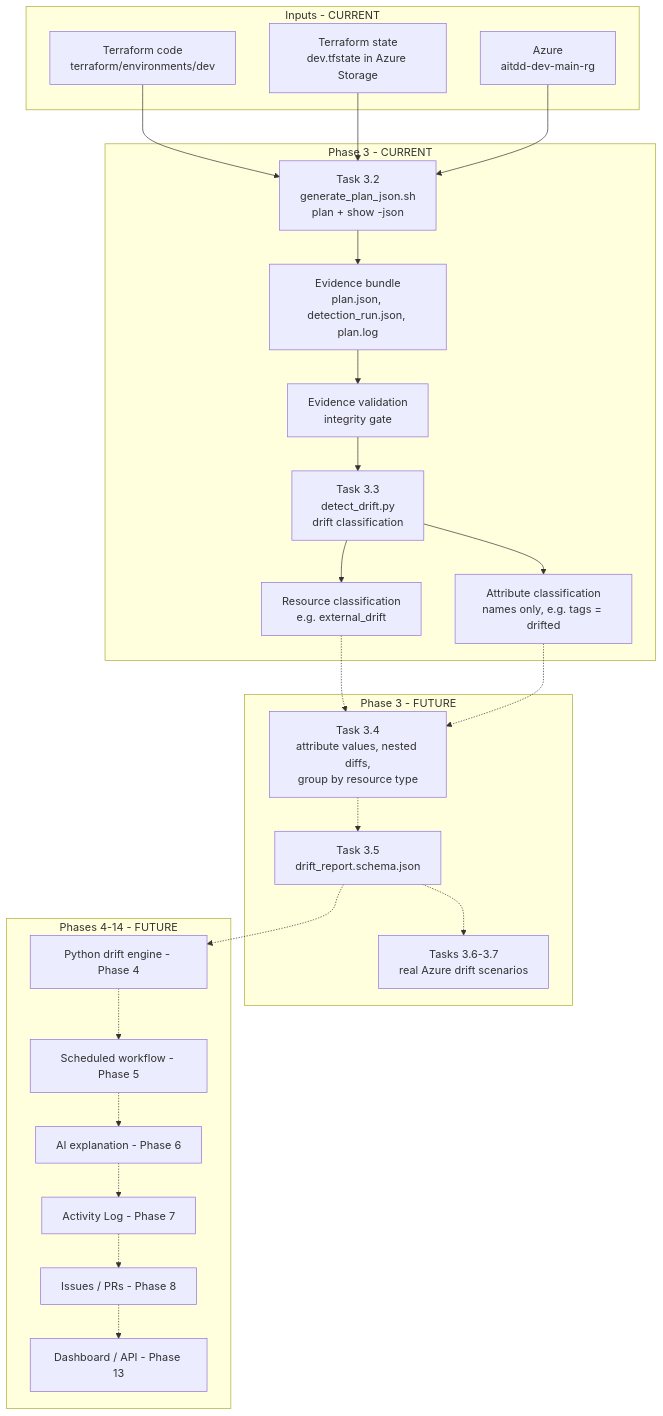
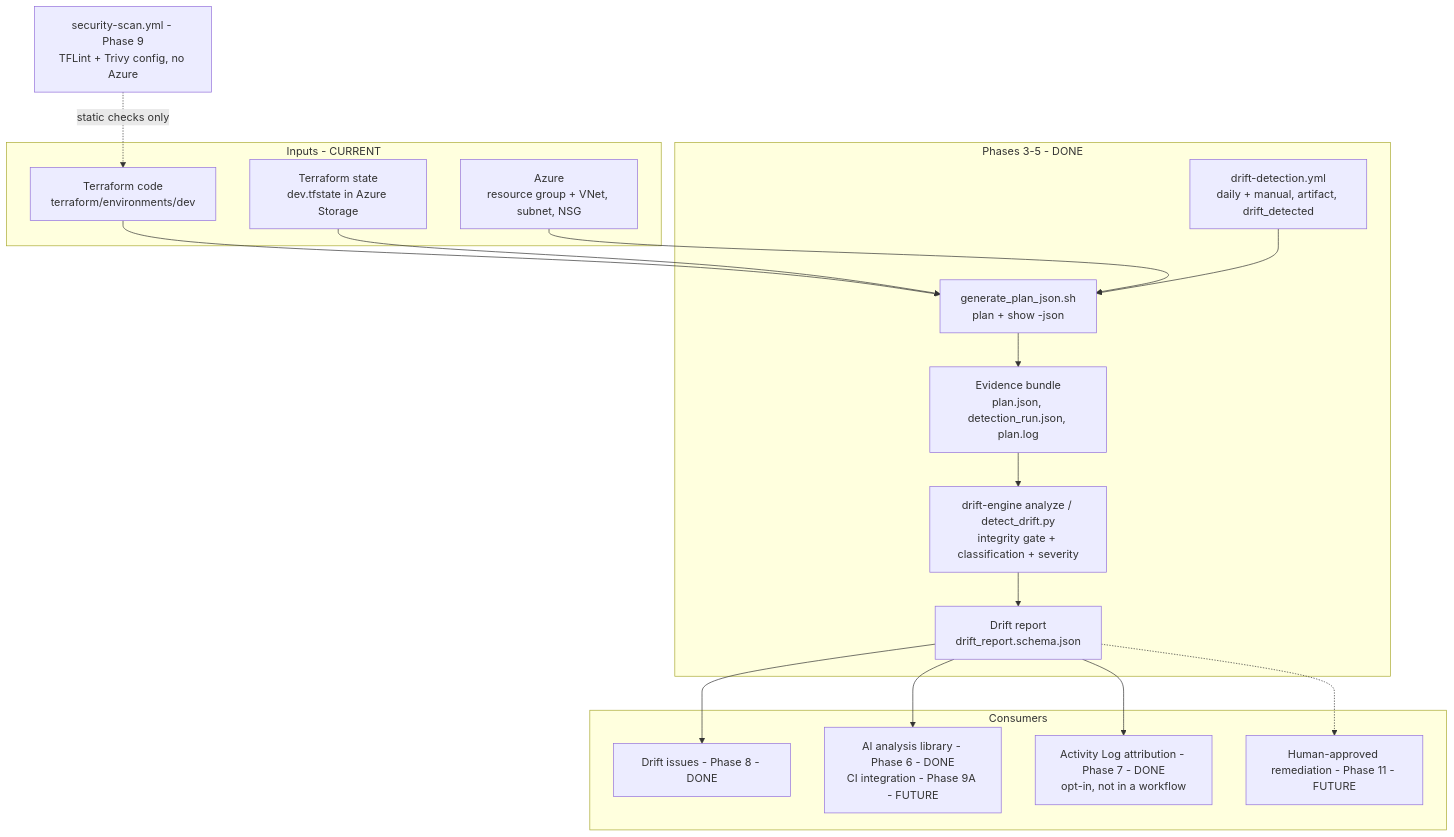
One commit to HarshAgarwal1102/ai-terraform-drift-detector changed the third of 11 diagrams in docs/MASTER_PROJECT_GUIDE.md. Above: the diagram before and after it, drawn with Mermaid. The commit also changed other lines of this file and 3 other files, not shown here.

````diff
--- a/docs/MASTER_PROJECT_GUIDE.md
+++ b/docs/MASTER_PROJECT_GUIDE.md
@@ -282,49 +291,36 @@
 ```mermaid
 flowchart TD
     subgraph INPUTS["Inputs - CURRENT"]
         CODE["Terraform code<br/>terraform/environments/dev"]
         STATE["Terraform state<br/>dev.tfstate in Azure Storage"]
-        AZ["Azure<br/>aitdd-dev-main-rg"]
+        AZ["Azure<br/>resource group + VNet, subnet, NSG"]
     end
 
-    subgraph P3["Phase 3 - CURRENT"]
-        GEN["Task 3.2<br/>generate_plan_json.sh<br/>plan + show -json"]
+    subgraph DET["Phases 3-5 - DONE"]
+        GEN["generate_plan_json.sh<br/>plan + show -json"]
         BUNDLE["Evidence bundle<br/>plan.json, detection_run.json, plan.log"]
-        GATE["Evidence validation<br/>integrity gate"]
-        CLS["Task 3.3<br/>detect_drift.py<br/>drift classification"]
-        RESLVL["Resource classification<br/>e.g. external_drift"]
-        ATTRLVL["Attribute classification<br/>names only, e.g. tags = drifted"]
+        CLS["drift-engine analyze / detect_drift.py<br/>integrity gate + classification + severity"]
+        REP["Drift report<br/>drift_report.schema.json"]
+        WF["drift-detection.yml<br/>daily + manual, artifact, drift_detected"]
     end
 
-    subgraph NEXT["Phase 3 - FUTURE"]
-        DIFF["Task 3.4<br/>attribute values, nested diffs,<br/>group by resource type"]
-        SCH["Task 3.5<br/>drift_report.schema.json"]
-        SCEN["Tasks 3.6-3.7<br/>real Azure drift scenarios"]
+    subgraph USE["Consumers"]
+        ISS["Drift issues - Phase 8 - DONE"]
+        AI["AI analysis library - Phase 6 - DONE<br/>CI integration - Phase 9A - FUTURE"]
+        LOG["Activity Log attribution - Phase 7 - DONE<br/>opt-in, not in a workflow"]
+        FIX["Human-approved remediation - Phase 11 - FUTURE"]
     end
 
-    subgraph LATER["Phases 4-14 - FUTURE"]
-        ENG["Python drift engine - Phase 4"]
-        CI["Scheduled workflow - Phase 5"]
-        AI["AI explanation - Phase 6"]
-        LOG["Activity Log - Phase 7"]
-        GHA["Issues / PRs - Phase 8"]
-        DASH["Dashboard / API - Phase 13"]
-    end
+    SCAN["security-scan.yml - Phase 9<br/>TFLint + Trivy config, no Azure"]
 
     CODE --> GEN
     STATE --> GEN
     AZ --> GEN
-    GEN --> BUNDLE --> GATE --> CLS
-    CLS --> RESLVL
-    CLS --> ATTRLVL
-    RESLVL -.-> DIFF
-    ATTRLVL -.-> DIFF
-    DIFF -.-> SCH
-    SCH -.-> ENG
-    SCH -.-> SCEN
-    ENG -.-> CI
-    CI -.-> AI
-    AI -.-> LOG
-    LOG -.-> GHA
-    GHA -.-> DASH
+    GEN --> BUNDLE --> CLS --> REP
+    WF --> GEN
+    REP --> ISS
+    REP --> AI
+    REP --> LOG
+    REP -.-> FIX
+    SCAN -.->|"static checks only"| CODE
 ```
````
